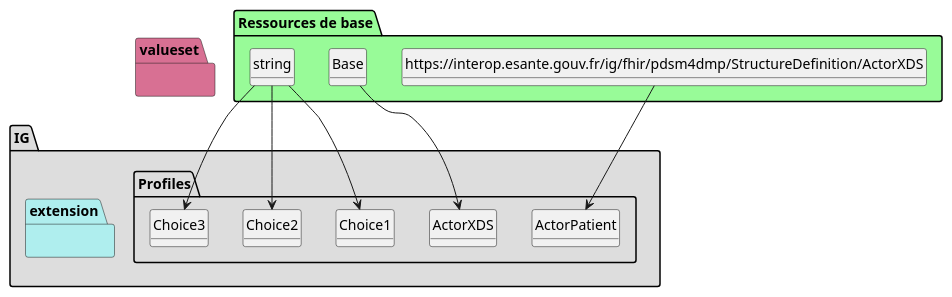
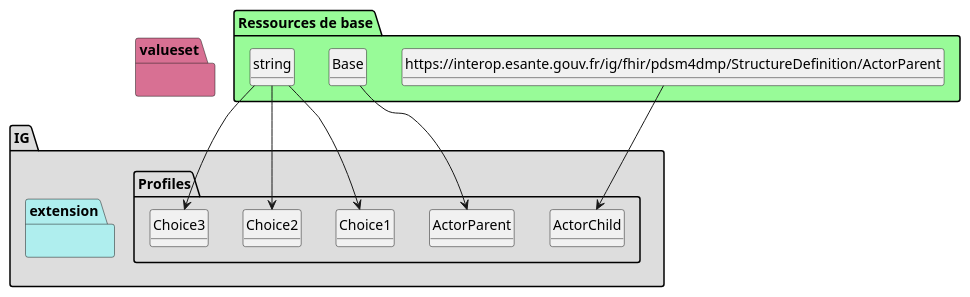
Before and after one commit to ansforge/IG-FHIR-PDSM4DMP-EEDS: the diagram in minimal-example/plantuml/graph.puml, drawn with PlantUML. The commit also changed 120 other files, not shown here.

```diff
--- a/minimal-example/plantuml/graph.puml
+++ b/minimal-example/plantuml/graph.puml
@@ -1,65 +1,65 @@
 @startuml
 set namespaceSeparator ?
 hide circle
 hide class fields
 
 package IG #DDDDDD{
 
      package Profiles #DDDDDD{
 
-        class ActorPatient{
+        class ActorChild{
 
-             ActorPatient => [None..None]
-             ActorPatient.XCN1[x] => [None..None]
+             ActorChild => [None..None]
+             ActorChild.XCN1[x] => [None..None]
         } 
 
-        class ActorXDS{
+        class ActorParent{
 
-             ActorXDS => [None..None]
-             ActorXDS.XCN1[x] => [1..1]
+             ActorParent => [None..None]
+             ActorParent.XCN1[x] => [1..1]
         } 
 
         class Choice1{
 
         } 
 
         class Choice2{
 
         } 
 
         class Choice3{
 
          }
 
      }
      package extension #paleturquoise {
 
 
          }
      }
      package valueset #PaleVioletRed{
        }
 
 package "Ressources de base" #palegreen {
 
- class "https://interop.esante.gouv.fr/ig/fhir/pdsm4dmp/StructureDefinition/ActorXDS" as  classb1fa6044c54073490b5e2804c2a7a77e 
+ class "https://interop.esante.gouv.fr/ig/fhir/pdsm4dmp/StructureDefinition/ActorParent" as  class5b81927f666ca2324a3cdc0f71a4ef0c 
 
-    classb1fa6044c54073490b5e2804c2a7a77e --> ActorPatient
+    class5b81927f666ca2324a3cdc0f71a4ef0c --> ActorChild
 
  class "Base" as  class095a1b43effec73955e31e790438de49 
 
-    class095a1b43effec73955e31e790438de49 --> ActorXDS
+    class095a1b43effec73955e31e790438de49 --> ActorParent
 
  class "string" as  classb45cffe084dd3d20d928bee85e7b0f21 
 
     classb45cffe084dd3d20d928bee85e7b0f21 --> Choice1
 
  class "string" as  classb45cffe084dd3d20d928bee85e7b0f21 
 
     classb45cffe084dd3d20d928bee85e7b0f21 --> Choice2
 
  class "string" as  classb45cffe084dd3d20d928bee85e7b0f21 
 
     classb45cffe084dd3d20d928bee85e7b0f21 --> Choice3
 }
 @enduml
```
